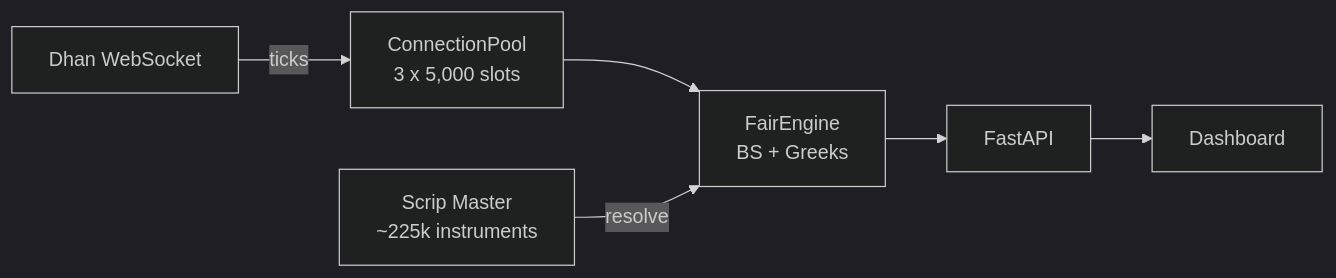
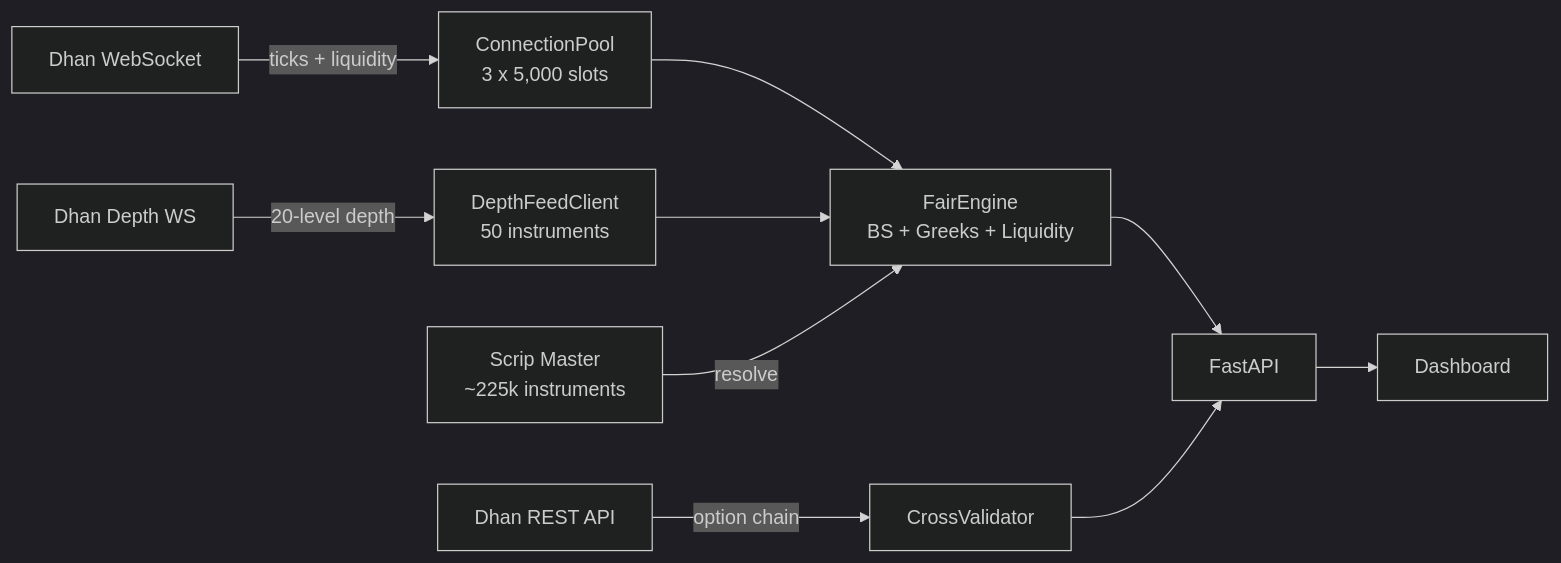
One commit to vakharwalad23/fair-value-engine changed the diagram in README.md. Above: the diagram before and after it, drawn with Mermaid (dark theme). The commit also changed other lines of this file and 3 other files, not shown here.

Commit message:
docs: update all docs for liquidity, depth, option chain, market hours features

````diff
--- a/README.md
+++ b/README.md
@@ -7,8 +7,12 @@
 ```mermaid
 graph LR
-    Dhan["Dhan WebSocket"] -->|ticks| Pool["ConnectionPool<br/>3 x 5,000 slots"]
-    Pool --> Engine["FairEngine<br/>BS + Greeks"]
+    Dhan["Dhan WebSocket"] -->|ticks + liquidity| Pool["ConnectionPool<br/>3 x 5,000 slots"]
+    DepthWS["Dhan Depth WS"] -->|20-level depth| Depth["DepthFeedClient<br/>50 instruments"]
+    Pool --> Engine["FairEngine<br/>BS + Greeks + Liquidity"]
+    Depth --> Engine
     Engine --> API["FastAPI"]
+    DhanREST["Dhan REST API"] -->|option chain| CrossVal["CrossValidator"]
+    CrossVal --> API
     API --> Dashboard["Dashboard"]
     Scrip["Scrip Master<br/>~225k instruments"] -->|resolve| Engine
 ```
````
